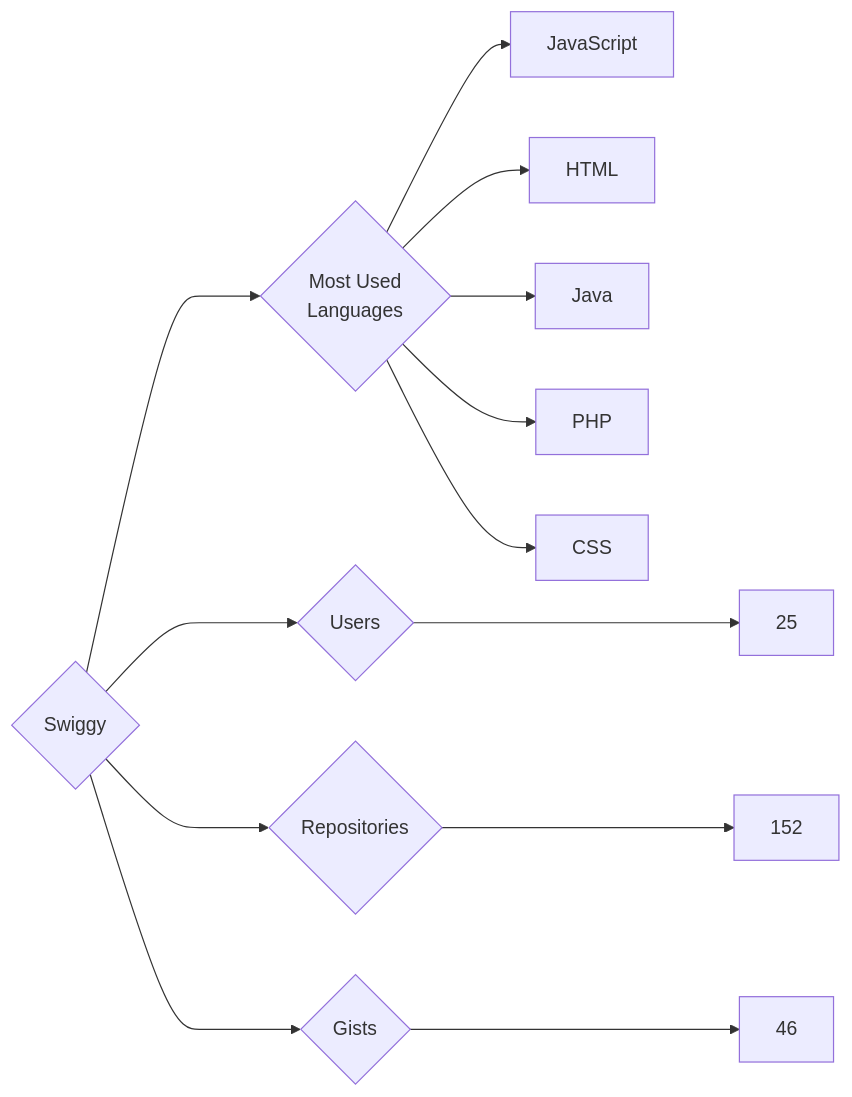
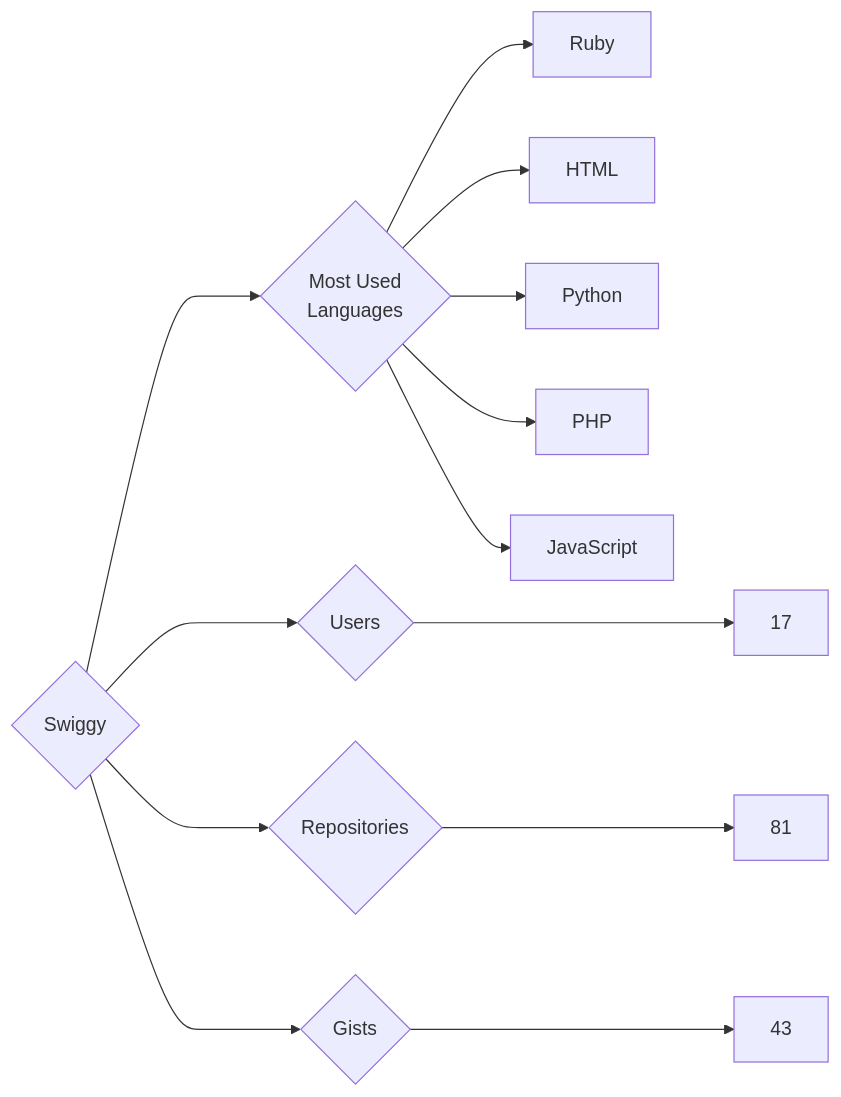
The diagram in targets/Swiggy/README.md (trickest/insiders), drawn with Mermaid before and after one commit. The commit also changed 870 other files, not shown here.

````diff
--- a/targets/Swiggy/README.md
+++ b/targets/Swiggy/README.md
@@ -3,13 +3,13 @@
 ```mermaid
 graph LR
 COMPANY_NAME{Swiggy}
-COMPANY_NAME ---> U{Users} ---> UN[25]
-COMPANY_NAME ---> R{Repositories} ---> RN[152]
-COMPANY_NAME ---> G{Gists} ---> GN[46]
+COMPANY_NAME ---> U{Users} ---> UN[17]
+COMPANY_NAME ---> R{Repositories} ---> RN[81]
+COMPANY_NAME ---> G{Gists} ---> GN[43]
 COMPANY_NAME ---> ML{Most Used<br>Languages}
+ML --> Ruby[Ruby]
+ML --> HTML[HTML]
+ML --> Python[Python]
+ML --> PHP[PHP]
 ML --> JavaScript[JavaScript]
-ML --> HTML[HTML]
-ML --> Java[Java]
-ML --> PHP[PHP]
-ML --> CSS[CSS]
 ```
````
